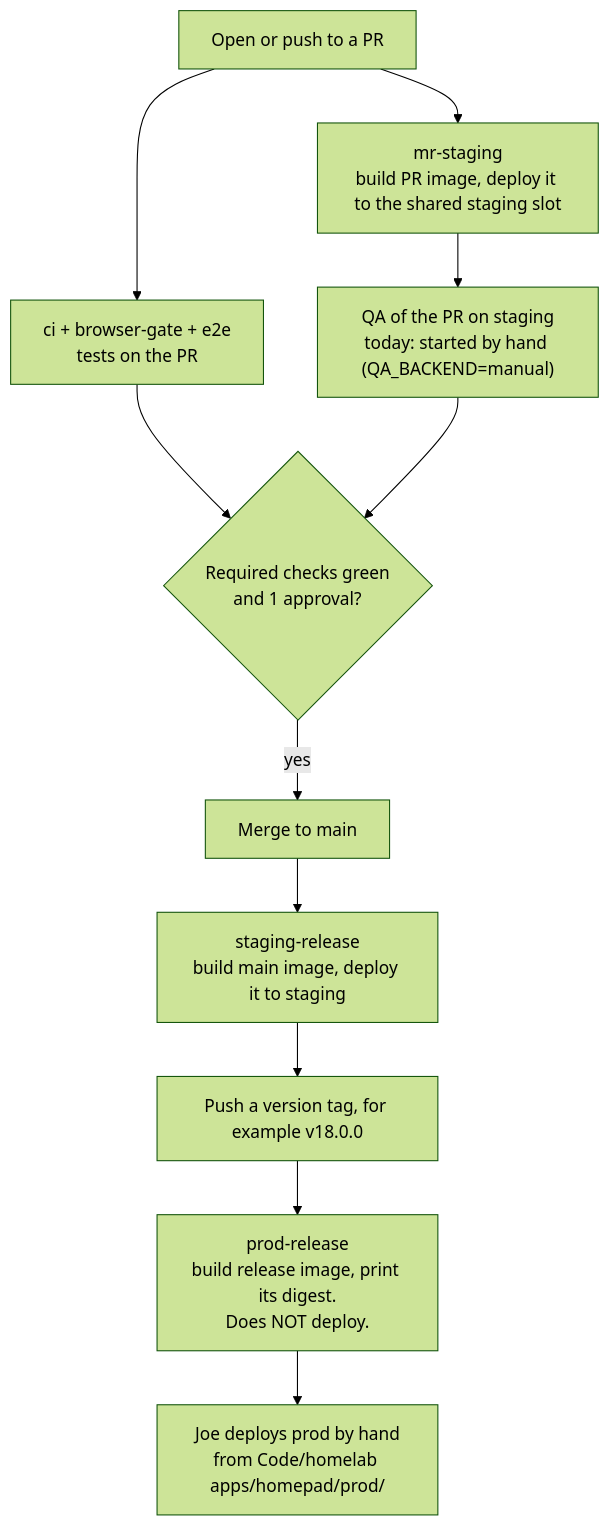
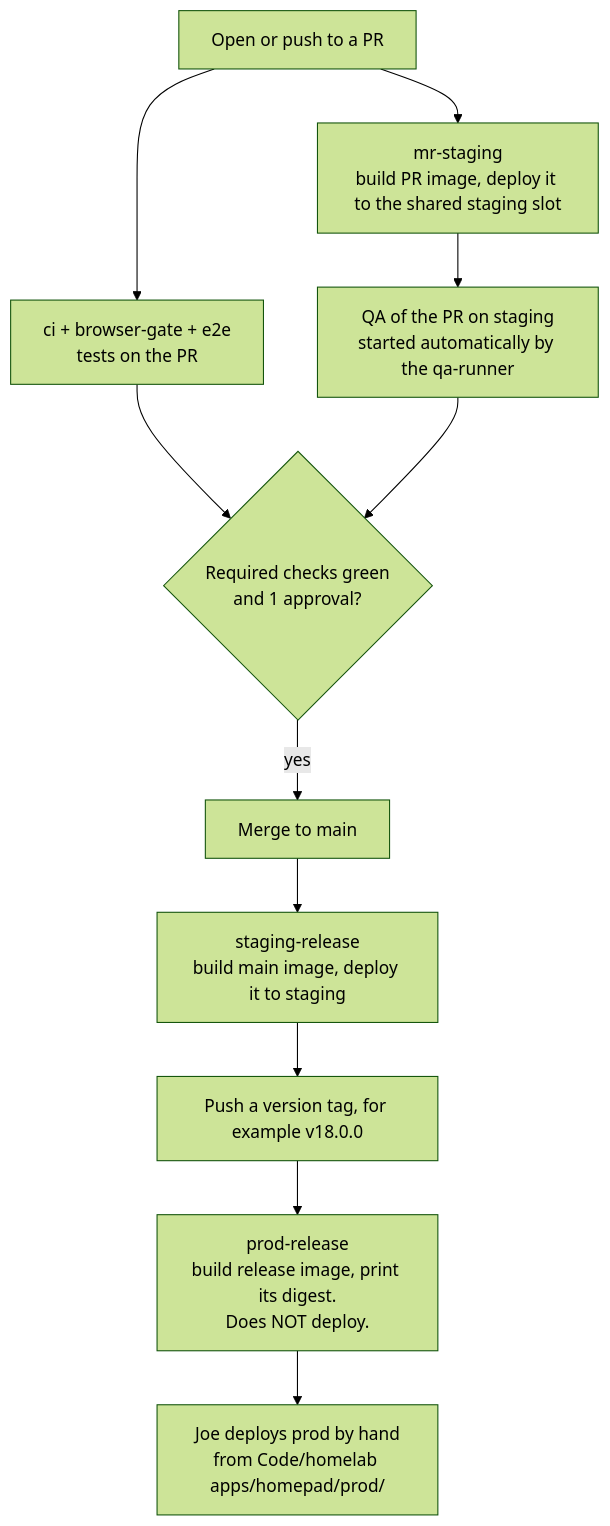
One commit to finish06/homepad changed the diagram in .gitea/workflows/README.md. Above: the diagram before and after it, drawn with Mermaid (forest theme). The commit also changed other lines of this file and 1 other file, not shown here.

Commit message:
ci(mr-staging): qa-login-url for qa-runner qa-gate + map DOCS_APPROVER_TOKEN (#622)

````diff
--- a/.gitea/workflows/README.md
+++ b/.gitea/workflows/README.md
@@ -24,13 +24,13 @@
 ```mermaid
 flowchart TD
     A["Open or push to a PR"] --> B["ci + browser-gate + e2e<br/>tests on the PR"]
     A --> C["mr-staging<br/>build PR image, deploy it to the shared staging slot"]
-    C --> D["QA of the PR on staging<br/>today: started by hand (QA_BACKEND=manual)"]
+    C --> D["QA of the PR on staging<br/>started automatically by the qa-runner"]
     B --> E{"Required checks green<br/>and 1 approval?"}
     D --> E
     E -->|yes| F["Merge to main"]
     F --> G["staging-release<br/>build main image, deploy it to staging"]
     G --> H["Push a version tag, for example v18.0.0"]
     H --> I["prod-release<br/>build release image, print its digest.<br/>Does NOT deploy."]
     I --> J["Joe deploys prod by hand<br/>from Code/homelab apps/homepad/prod/"]
 ```
````
